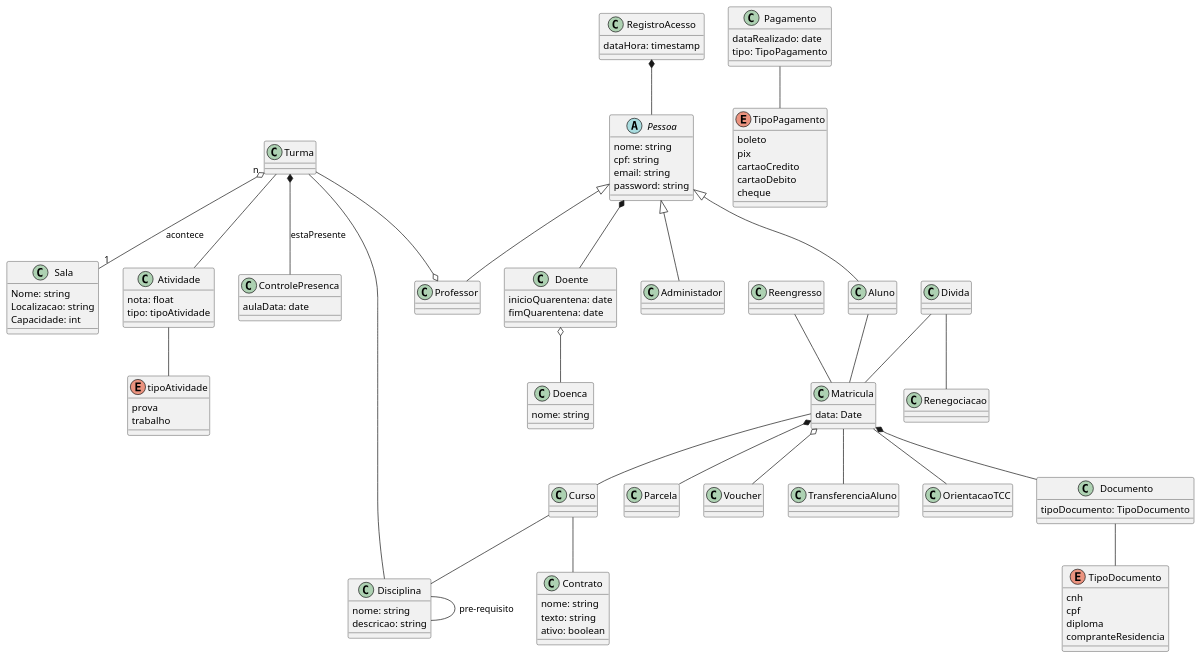
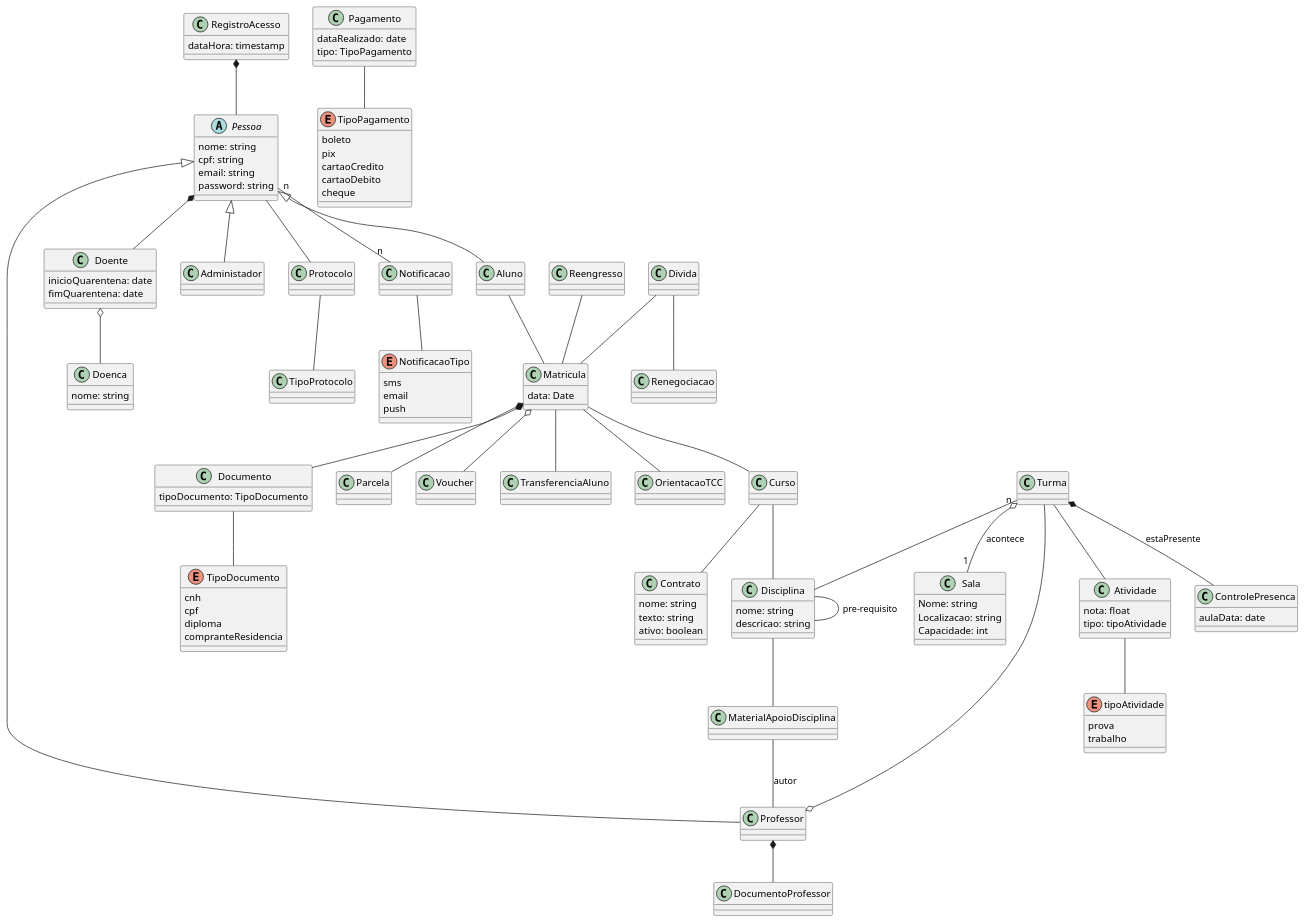
One commit to PosGraduacaoEquipe7/diagramas-plant-uml changed the diagram in diagrama-classes.puml. Above: the diagram before and after it, drawn with PlantUML.

```diff
--- a/diagrama-classes.puml
+++ b/diagrama-classes.puml
@@ -1,120 +1,138 @@
 @startuml
 'https://plantuml.com/class-diagram
 'Aggregation implies a relationship where the
 'child can exist independently of the parent.
 'Example: Class (parent) and Student (child).
 'Delete the Class and the Students still exist.
 'Composition implies a relationship where the child cannot exist independent of the parent
 class Matricula{
     data: Date
 '    cpf: string
 '    Diploma: Documento
 }
 abstract class Pessoa{
     nome: string
     cpf: string
     email: string
     password: string
 }
 class RegistroAcesso{
     dataHora: timestamp
 }
 
 class Aluno
 class Professor
 class Administador
 class Atividade{
     nota: float
     tipo: tipoAtividade
     'TODO linkVideo: url
 }
 class Doenca{
     nome: string
 }
 class Doente{
     inicioQuarentena: date
     fimQuarentena: date
 }
 class Curso
 class ControlePresenca{
     aulaData: date
 }
 class Disciplina{
     nome: string
     descricao: string
 }
+class MaterialApoioDisciplina
 class Contrato{
     nome: string
     texto: string
     ativo: boolean
 }
 enum tipoAtividade {
     prova
     trabalho
 }
 class Turma
 class Sala{
     Nome: string
     Localizacao: string
     Capacidade: int
 }
 class Documento{
     tipoDocumento: TipoDocumento
 }
 class Parcela
 class Pagamento{
     dataRealizado: date
     tipo: TipoPagamento
 }
 class Voucher
 class Renegociacao{}
 class TransferenciaAluno{}
 class Reengresso{
 }
 class Divida{
 }
 class OrientacaoTCC{}
+class Protocolo
+class TipoProtocolo
+class Notificacao
+class DocumentoProfessor
+enum NotificacaoTipo{
+  sms
+  email
+  push
+}
 Divida -- Renegociacao
 Matricula -- TransferenciaAluno
 Matricula -- OrientacaoTCC
 Divida -- Matricula
 Reengresso -- Matricula
 enum TipoPagamento{
     boleto
     pix
     cartaoCredito
     cartaoDebito
     cheque
 }
 enum TipoDocumento{
     cnh
     cpf
     diploma
     compranteResidencia
 }
 Documento -- TipoDocumento
 Aluno -- Matricula
 Disciplina -- Disciplina : pre-requisito
+Disciplina -- MaterialApoioDisciplina
+MaterialApoioDisciplina -- Professor : autor
 Matricula -- Curso
 Matricula *-- Documento
 Matricula o-- Voucher
 Matricula *-- Parcela
 Curso -- Disciplina
 Curso -- Contrato
 Pessoa <|-- Administador
 Pessoa <|-- Aluno
 Pessoa <|-- Professor
+Pessoa -- Protocolo
+Protocolo -- TipoProtocolo
 'TODO confirmar lado do losango
 Atividade -- tipoAtividade
 Turma "n" o-- "1" Sala : acontece
 Turma --o Professor
 Turma -- Disciplina
 Turma -- Atividade
 Turma *-- ControlePresenca: estaPresente
 RegistroAcesso *-- Pessoa
 'TODO confirmar lado do losango
 Doente o-- Doenca
 Pessoa *-- Doente
+Pessoa "n" -- "n" Notificacao
 Pagamento -- TipoPagamento
+Notificacao -- NotificacaoTipo
+Professor *-- DocumentoProfessor
+
 
 @enduml
```
